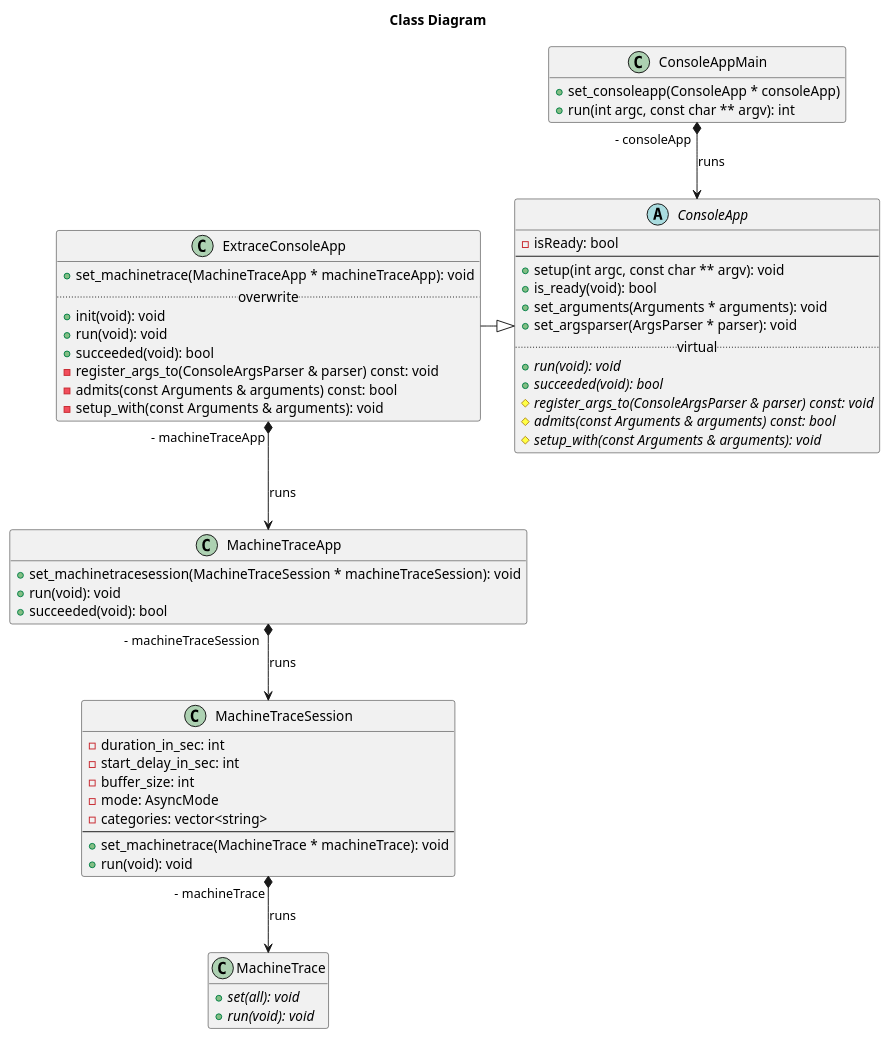
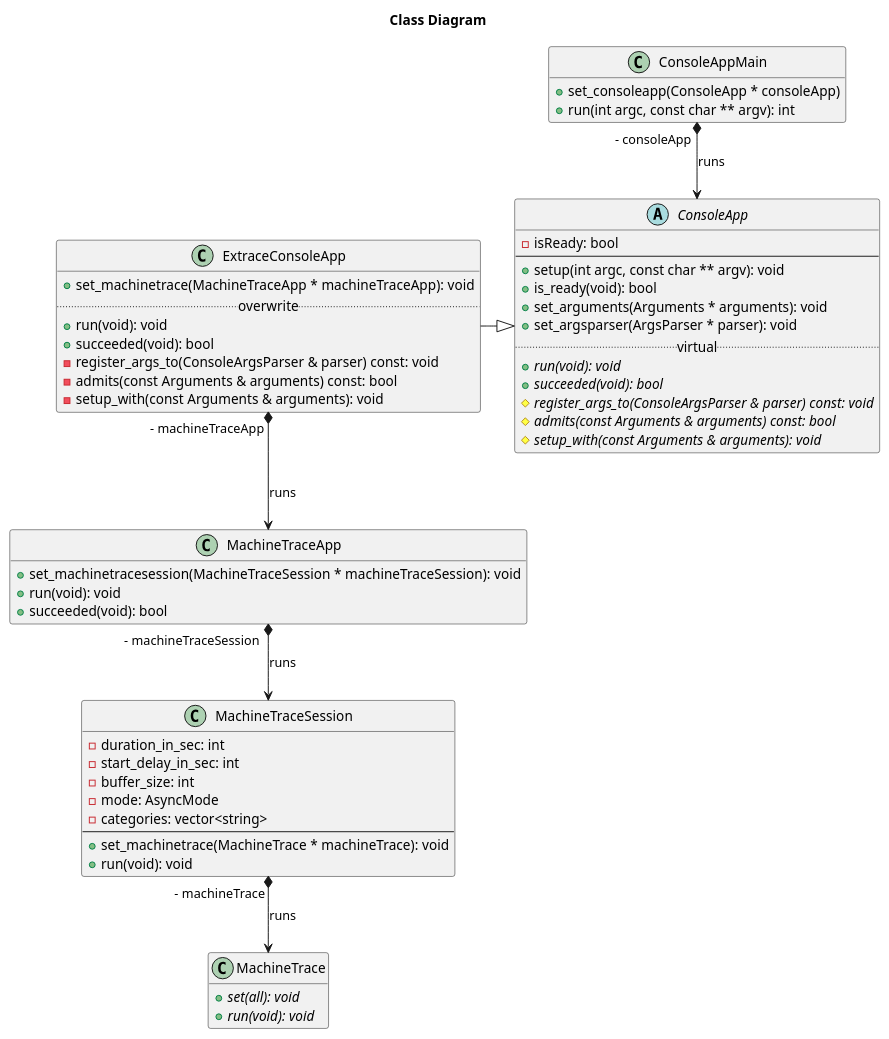
The diagram in docs/design/class.plantuml (littlewhywhat/extrace), drawn with PlantUML before and after one commit. The commit also changed 16 other files, not shown here.

```diff
--- a/docs/design/class.plantuml
+++ b/docs/design/class.plantuml
@@ -1,68 +1,67 @@
 @startuml
 
 title Class Diagram
 
 class ConsoleAppMain {
   + set_consoleapp(ConsoleApp * consoleApp)
   + run(int argc, const char ** argv): int
 }
 hide ConsoleAppMain fields
 
 abstract class ConsoleApp {
   - isReady: bool
   --
   + setup(int argc, const char ** argv): void
   + is_ready(void): bool
   + set_arguments(Arguments * arguments): void
   + set_argsparser(ArgsParser * parser): void
   ..virtual..
   + {abstract} run(void): void
   + {abstract} succeeded(void): bool
   # {abstract} register_args_to(ConsoleArgsParser & parser) const: void
   # {abstract} admits(const Arguments & arguments) const: bool
   # {abstract} setup_with(const Arguments & arguments): void
 }
 
 class ExtraceConsoleApp {
   + set_machinetrace(MachineTraceApp * machineTraceApp): void
   ..overwrite..
-  + init(void): void
   + run(void): void
   + succeeded(void): bool
   - register_args_to(ConsoleArgsParser & parser) const: void
   - admits(const Arguments & arguments) const: bool
   - setup_with(const Arguments & arguments): void
 }
 hide ExtraceConsoleApp fields
 
 class MachineTraceApp {
   + set_machinetracesession(MachineTraceSession * machineTraceSession): void
   + run(void): void
   + succeeded(void): bool
 }
 hide MachineTraceApp fields
 
 class MachineTraceSession {
   - duration_in_sec: int
   - start_delay_in_sec: int
   - buffer_size: int
   - mode: AsyncMode
   - categories: vector<string>
   --
   + set_machinetrace(MachineTrace * machineTrace): void
   + run(void): void
 }
 
 class MachineTrace {
   {abstract} + set(all): void
   {abstract} + run(void): void
 }
 hide MachineTrace fields
 
 ConsoleAppMain "- consoleApp" *--> ConsoleApp: runs
 ExtraceConsoleApp -|> ConsoleApp
 ExtraceConsoleApp "- machineTraceApp" *--> MachineTraceApp: runs
 MachineTraceApp "- machineTraceSession" *--> MachineTraceSession: runs
 MachineTraceSession "- machineTrace" *--> MachineTrace: runs
 
 @enduml
```
